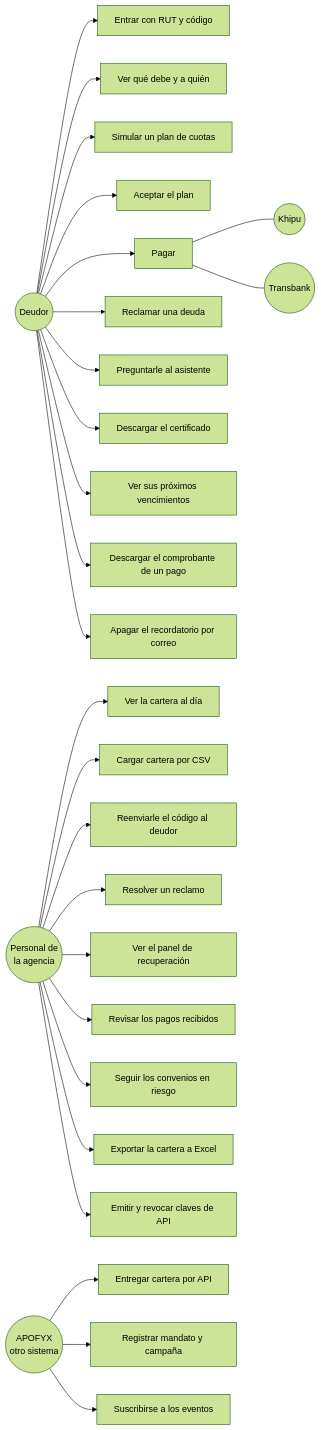
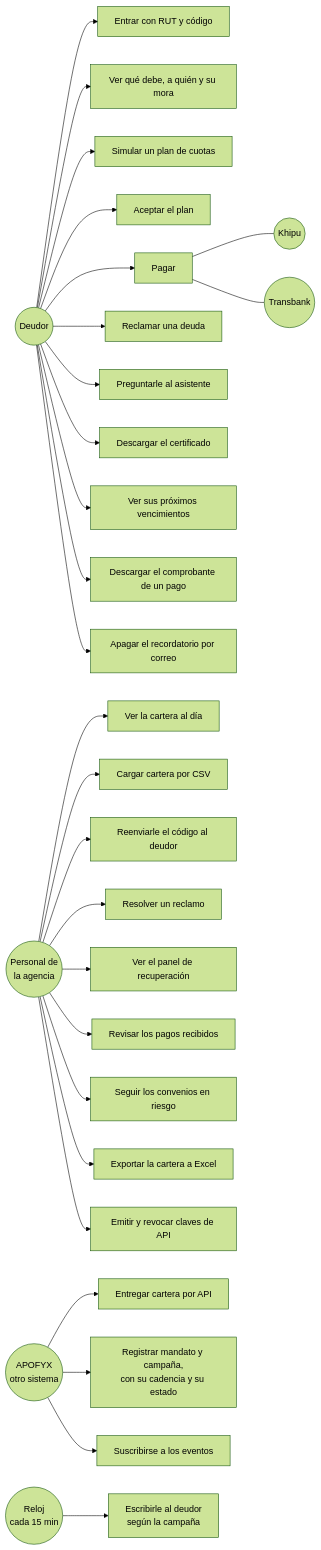
The fifth of 8 diagrams in README.md (TechnicalBridge/TB_web), drawn with Mermaid (forest theme) before and after one commit. The commit also changed other lines of this file and 71 other files, not shown here.

````diff
--- a/README.md
+++ b/README.md
@@ -627,36 +760,39 @@
 ```mermaid
 flowchart LR
     DEU(("Deudor"))
     EMP(("Personal de<br/>la agencia"))
     SIS(("APOFYX<br/>otro sistema"))
     KHP(("Khipu"))
     TBK(("Transbank"))
+    REL(("Reloj<br/>cada 15 min"))
 
     DEU --> U1["Entrar con RUT y código"]
-    DEU --> U2["Ver qué debe y a quién"]
+    DEU --> U2["Ver qué debe, a quién y su mora"]
     DEU --> U3["Simular un plan de cuotas"]
     DEU --> U4["Aceptar el plan"]
     DEU --> U5["Pagar"]
     DEU --> U22["Reclamar una deuda"]
     DEU --> U6["Preguntarle al asistente"]
     DEU --> U7["Descargar el certificado"]
     DEU --> U15["Ver sus próximos vencimientos"]
     DEU --> U16["Descargar el comprobante de un pago"]
     DEU --> U17["Apagar el recordatorio por correo"]
     U5 --- KHP
     U5 --- TBK
 
     EMP --> U8["Ver la cartera al día"]
     EMP --> U9["Cargar cartera por CSV"]
     EMP --> U10["Reenviarle el código al deudor"]
     EMP --> U23["Resolver un reclamo"]
     EMP --> U11["Ver el panel de recuperación"]
     EMP --> U18["Revisar los pagos recibidos"]
     EMP --> U19["Seguir los convenios en riesgo"]
     EMP --> U20["Exportar la cartera a Excel"]
     EMP --> U21["Emitir y revocar claves de API"]
 
     SIS --> U12["Entregar cartera por API"]
-    SIS --> U13["Registrar mandato y campaña"]
+    SIS --> U13["Registrar mandato y campaña,<br/>con su cadencia y su estado"]
     SIS --> U14["Suscribirse a los eventos"]
+
+    REL --> U24["Escribirle al deudor<br/>según la campaña"]
 ```
````
